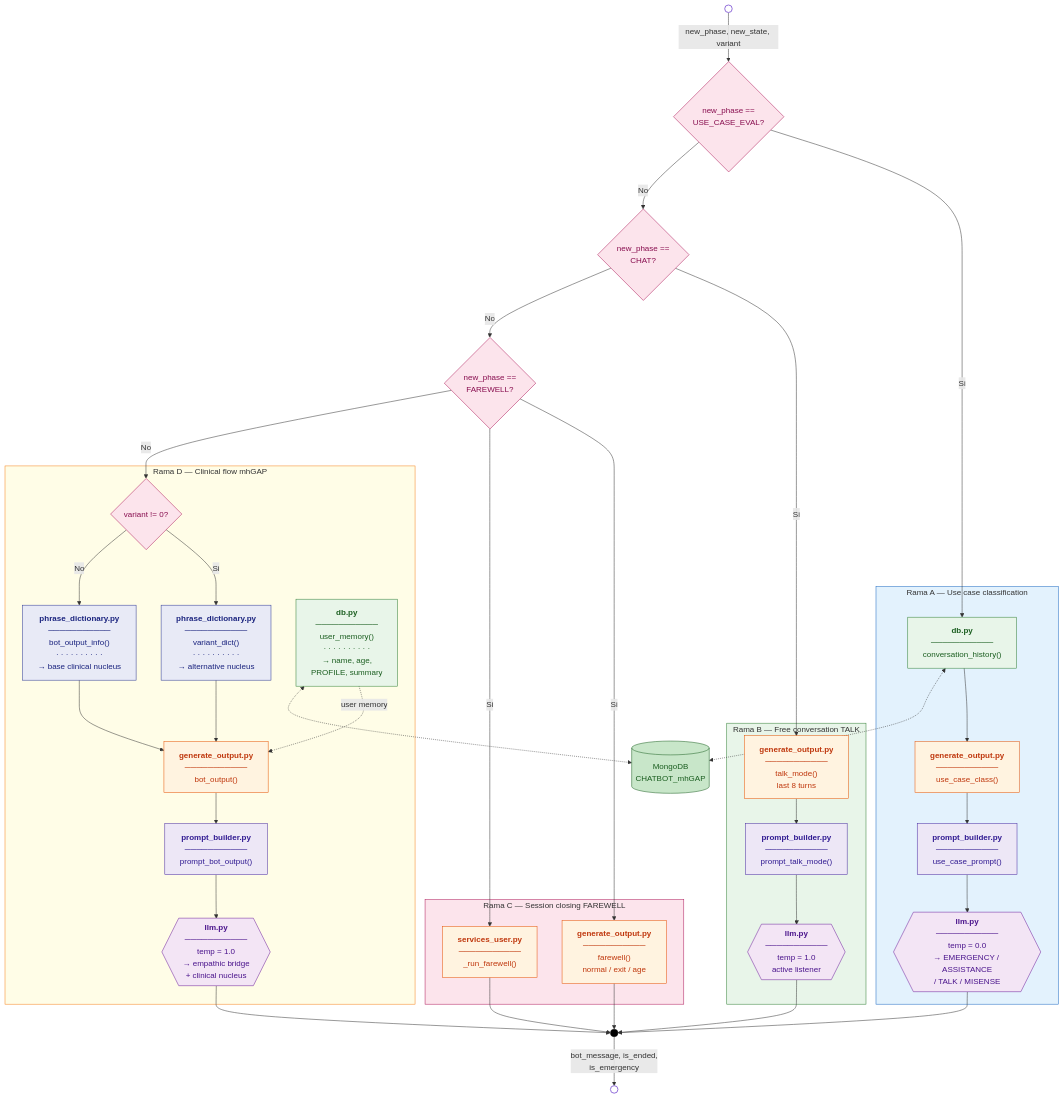
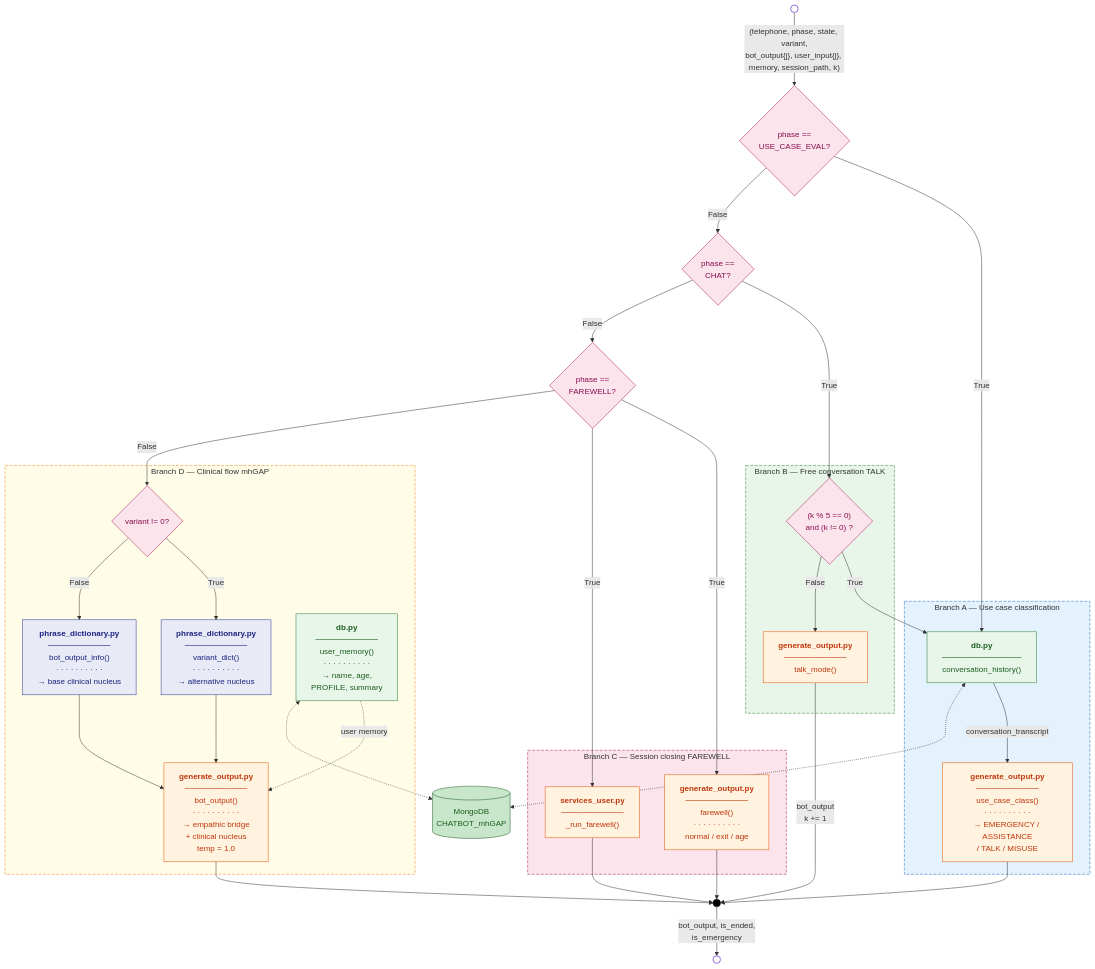
One commit to JordiiQueralto/AURORA_mhGAP-IG_v2.0 changed the diagram in diagrams/4_Response_generation.md. Above: the diagram before and after it, drawn with Mermaid. The commit also changed 1 other file, not shown here.

Commit message:
feat: use case diagram

````diff
--- a/diagrams/4_Response_generation.md
+++ b/diagrams/4_Response_generation.md
@@ -1,77 +1,73 @@
 ```mermaid
 flowchart TD
 
     START(( )):::circle
     JUNCTION(( )):::junction
     FINISH(( )):::circle
 
     MONGO[("MongoDB<br/>CHATBOT_mhGAP")]:::db
 
-    D_UC{new_phase ==<br/>USE_CASE_EVAL?}:::decision
-    D_CH{new_phase ==<br/>CHAT?}:::decision
-    D_FW{new_phase ==<br/>FAREWELL?}:::decision
+    D_UC{phase ==<br/>USE_CASE_EVAL?}:::decision
+    D_CH{phase ==<br/>CHAT?}:::decision
+    D_FW{phase ==<br/>FAREWELL?}:::decision
 
-    subgraph BRANCH_UC["Rama A — Use case classification"]
-        DB_H["<b>db.py</b><br/>───────────<br/>conversation_history()"]:::dbmod
-        UC["<b>generate_output.py</b><br/>───────────<br/>use_case_class()"]:::module
-        PB_UC["<b>prompt_builder.py</b><br/>───────────<br/>use_case_prompt()"]:::prompt
-        LLM_UC{{"<b>llm.py</b><br/>───────────<br/>temp = 0.0<br/>→ EMERGENCY / ASSISTANCE<br/>/ TALK / MISENSE"}}:::llm
+    subgraph BRANCH_UC["Branch A — Use case classification"]
+        DB_H["<b>db.py</b><br/>──────────────<br/>conversation_history()"]:::dbmod
+        UC["<b>generate_output.py</b><br/>───────────<br/>use_case_class()<br/>· · · · · · · · · ·<br/>→ EMERGENCY / ASSISTANCE<br/>/ TALK / MISUSE"]:::module
     end
 
-    subgraph BRANCH_CH["Rama B — Free conversation TALK"]
-        TALK["<b>generate_output.py</b><br/>───────────<br/>talk_mode()<br/>last 8 turns"]:::module
-        PB_TK["<b>prompt_builder.py</b><br/>───────────<br/>prompt_talk_mode()"]:::prompt
-        LLM_TK{{"<b>llm.py</b><br/>───────────<br/>temp = 1.0<br/>active listener"}}:::llm
+    subgraph BRANCH_CH["Branch B — Free conversation TALK"]
+        TALK["<b>generate_output.py</b><br/>───────────<br/>talk_mode()"]:::module
+        KCHAT{"(k % 5 == 0) \nand (k != 0) ?"}:::decision
     end
 
-    subgraph BRANCH_FW["Rama C — Session closing FAREWELL"]
-        FW["<b>generate_output.py</b><br/>───────────<br/>farewell()<br/>normal / exit / age"]:::module
+    subgraph BRANCH_FW["Branch C — Session closing FAREWELL"]
+        FW["<b>generate_output.py</b><br/>───────────<br/>farewell()<br/>· · · · · · · · · ·<br/>normal / exit / age"]:::module
         RUN_FW["<b>services_user.py</b><br/>───────────<br/>_run_farewell()"]:::module
     end
 
-    subgraph BRANCH_NM["Rama D — Clinical flow mhGAP"]
+    subgraph BRANCH_NM["Branch D — Clinical flow mhGAP"]
         D_VAR{variant != 0?}:::decision
         PVAR["<b>phrase_dictionary.py</b><br/>───────────<br/>variant_dict()<br/>· · · · · · · · · ·<br/>→ alternative nucleus"]:::phrase
         PBASE["<b>phrase_dictionary.py</b><br/>───────────<br/>bot_output_info()<br/>· · · · · · · · · ·<br/>→ base clinical nucleus"]:::phrase
         MEM["<b>db.py</b><br/>───────────<br/>user_memory()<br/>· · · · · · · · · ·<br/>→ name, age,<br/>PROFILE, summary"]:::dbmod
-        BOUT["<b>generate_output.py</b><br/>───────────<br/>bot_output()"]:::module
-        PB_BO["<b>prompt_builder.py</b><br/>───────────<br/>prompt_bot_output()"]:::prompt
-        LLM_BO{{"<b>llm.py</b><br/>───────────<br/>temp = 1.0<br/>→ empathic bridge<br/>+ clinical nucleus"}}:::llm
+        BOUT["<b>generate_output.py</b><br/>───────────<br/>bot_output()<br/>· · · · · · · · · ·<br/>→ empathic bridge<br/>+ clinical nucleus<br/>temp = 1.0"]:::module
     end
 
-    START -->|"new_phase, new_state, variant"| D_UC
+    START -->|"(telephone, phase, state, variant,<br/>bot_output{j}, user_input{j}, memory, session_path, k)"| D_UC
 
-    D_UC -->|Si| DB_H --> UC --> PB_UC --> LLM_UC --> JUNCTION
-    D_UC -->|No| D_CH
+    D_UC -->|True| DB_H -->|"conversation_transcript"| UC --> JUNCTION
+    D_UC -->|False| D_CH
 
-    D_CH -->|Si| TALK --> PB_TK --> LLM_TK --> JUNCTION
-    D_CH -->|No| D_FW
+    D_CH -->|True| KCHAT
+    KCHAT -->|True| DB_H
+    KCHAT -->|False| TALK
+    TALK -->|bot_output\nk += 1| JUNCTION
+    D_CH -->|False| D_FW
 
-    D_FW -->|Si| FW & RUN_FW --> JUNCTION
-    D_FW -->|No| D_VAR
+    D_FW -->|True| FW & RUN_FW --> JUNCTION
+    D_FW -->|False| D_VAR
 
-    D_VAR -->|Si| PVAR --> BOUT
-    D_VAR -->|No| PBASE --> BOUT
+    D_VAR -->|True| PVAR --> BOUT
+    D_VAR -->|False| PBASE --> BOUT
     MEM -.->|"user memory"| BOUT
-    BOUT --> PB_BO --> LLM_BO --> JUNCTION
+    BOUT --> JUNCTION
 
     DB_H <-.-> MONGO
     MEM <-.-> MONGO
 
-    JUNCTION -->|"bot_message, is_ended,<br/>is_emergency"| FINISH
+    JUNCTION -->|"bot_output, is_ended,<br/>is_emergency"| FINISH
 
     classDef circle   fill:#ffffff,stroke:#9370db,stroke-width:2px,color:#ffffff
     classDef junction fill:#000000,stroke:#000000,color:#000000
     classDef module   fill:#fff3e0,stroke:#e65100,color:#bf360c
     classDef decision fill:#fce4ec,stroke:#ad1457,color:#880e4f
     classDef dbmod    fill:#e8f5e9,stroke:#2e7d32,color:#1b5e20
     classDef db       fill:#c8e6c9,stroke:#1b5e20,color:#1b5e20
-    classDef llm      fill:#f3e5f5,stroke:#6a1b9a,color:#4a148c
-    classDef prompt   fill:#ede7f6,stroke:#4527a0,color:#311b92
     classDef phrase   fill:#e8eaf6,stroke:#283593,color:#1a237e
 
-    style BRANCH_UC fill:#e3f2fd,stroke:#1565c0
-    style BRANCH_CH fill:#e8f5e9,stroke:#2e7d32
-    style BRANCH_FW fill:#fce4ec,stroke:#ad1457
-    style BRANCH_NM fill:#fffde7,stroke:#f57f17
+    style BRANCH_UC fill:#e3f2fd,stroke:#1565c0,stroke-dasharray: 6 3
+    style BRANCH_CH fill:#e8f5e9,stroke:#2e7d32,stroke-dasharray: 6 3
+    style BRANCH_FW fill:#fce4ec,stroke:#ad1457,stroke-dasharray: 6 3
+    style BRANCH_NM fill:#fffde7,stroke:#f57f17,stroke-dasharray: 6 3
 ```
````
